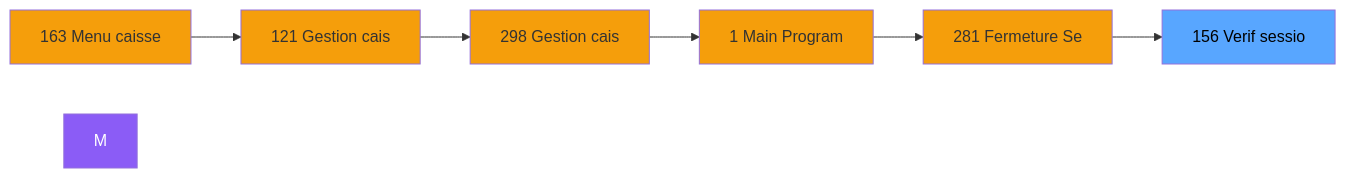
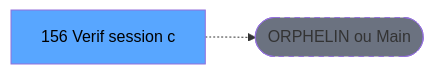
One commit to thonyAGP/lecteur-magic changed the second of 3 diagrams in .openspec/renders/ADH-IDE-156.md. Above: the diagram before and after it, drawn with Mermaid. The commit also changed other lines of this file and 701 other files, not shown here.

````diff
--- a/.openspec/renders/ADH-IDE-156.md
+++ b/.openspec/renders/ADH-IDE-156.md
@@ -113,21 +117,8 @@
 ```mermaid
 graph LR
-    N163[163 Menu caisse ]
-    N121[121 Gestion cais]
-    N298[298 Gestion cais]
-    N1[1 Main Program]
-    N281[281 Fermeture Se]
-    T[156 Verif sessio]
-    N163 --> N121
-    N121 --> N298
-    N298 --> N1
-    N1 --> N281
-    N281 --> T
-    style M fill:#8b5cf6,color:#fff
-    style N163 fill:#f59e0b
-    style N121 fill:#f59e0b
-    style N298 fill:#f59e0b
-    style N1 fill:#f59e0b
-    style N281 fill:#f59e0b
+    T[156 Verif session c]
+    ORPHAN([ORPHELIN ou Main])
+    T -.-> ORPHAN
     style T fill:#58a6ff,color:#000
+    style ORPHAN fill:#6b7280,stroke-dasharray: 5 5
 ```
````
